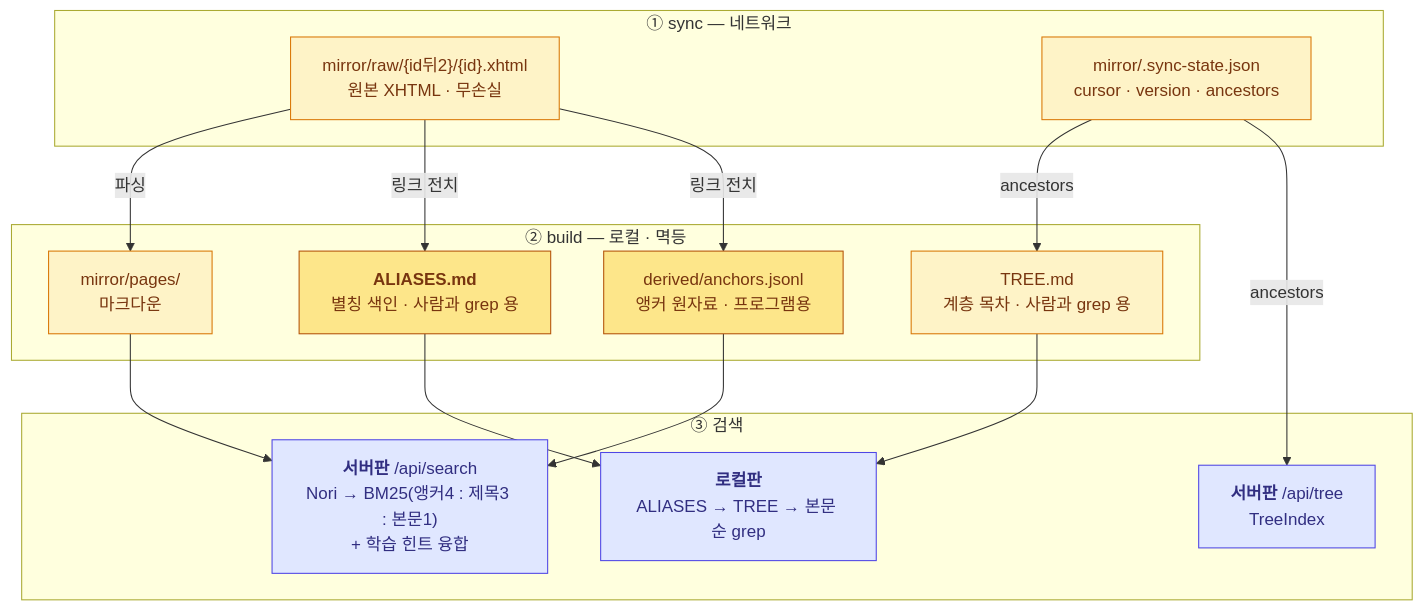
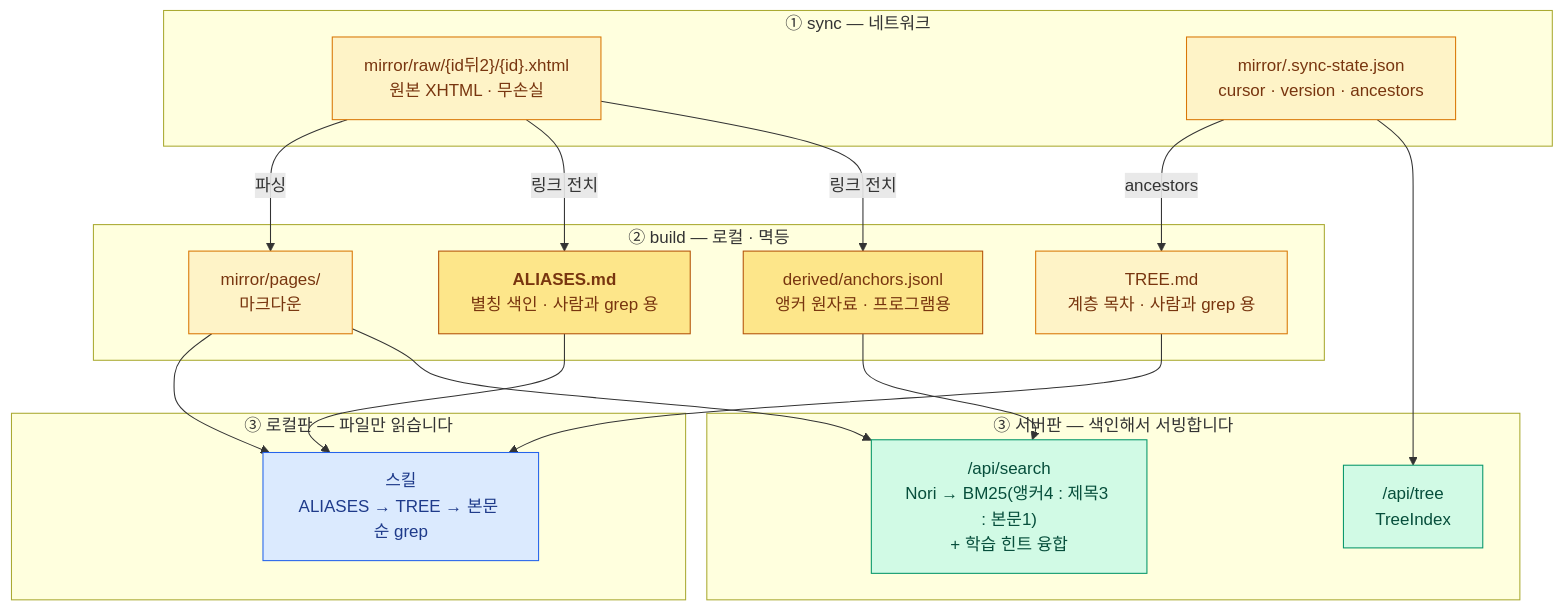
One commit to mukansei/wikilens changed the second of 2 diagrams in README.md. Above: the diagram before and after it, drawn with Mermaid. The commit also changed other lines of this file, not shown here.

First line of the commit message:
docs: 다이어그램에 두 판 구분과 Confluence 계층 반영

````diff
--- a/README.md
+++ b/README.md
@@ -75,37 +96,45 @@
 ```mermaid
 flowchart TB
     subgraph S1["① sync — 네트워크"]
         RAW["mirror/raw/{id뒤2}/{id}.xhtml<br/>원본 XHTML · 무손실"]
         STATE["mirror/.sync-state.json<br/>cursor · version · ancestors"]
     end
 
     subgraph S2["② build — 로컬 · 멱등"]
         PAGES["mirror/pages/<br/>마크다운"]
         ALIAS["<b>ALIASES.md</b><br/>별칭 색인 · 사람과 grep 용"]
         TREE["TREE.md<br/>계층 목차 · 사람과 grep 용"]
         ANCH["derived/anchors.jsonl<br/>앵커 원자료 · 프로그램용"]
     end
 
-    subgraph S3["③ 검색"]
-        LQ["<b>로컬판</b><br/>ALIASES → TREE → 본문 순 grep"]
-        SQ["<b>서버판</b> /api/search<br/>Nori → BM25(앵커4 : 제목3 : 본문1)<br/>+ 학습 힌트 융합"]
-        ST["<b>서버판</b> /api/tree<br/>TreeIndex"]
+    subgraph S3L["③ 로컬판 — 파일만 읽습니다"]
+        LQ["스킬<br/>ALIASES → TREE → 본문 순 grep"]
+    end
+
+    subgraph S3S["③ 서버판 — 색인해서 서빙합니다"]
+        SQ["/api/search<br/>Nori → BM25(앵커4 : 제목3 : 본문1)<br/>+ 학습 힌트 융합"]
+        ST["/api/tree<br/>TreeIndex"]
     end
 
     RAW -->|파싱| PAGES
     RAW -->|링크 전치| ALIAS
     RAW -->|링크 전치| ANCH
     STATE -->|ancestors| TREE
+
     ALIAS --> LQ
     TREE --> LQ
+    PAGES --> LQ
+
     ANCH --> SQ
     PAGES --> SQ
-    STATE -->|ancestors| ST
+    STATE --> ST
 
     classDef st fill:#fef3c7,stroke:#d97706,color:#78350f
     classDef key fill:#fde68a,stroke:#b45309,color:#78350f
-    classDef q fill:#e0e7ff,stroke:#4f46e5,color:#312e81
+    classDef py fill:#dbeafe,stroke:#2563eb,color:#1e3a8a
+    classDef kt fill:#d1fae5,stroke:#059669,color:#064e3b
     class RAW,STATE,PAGES,TREE st
     class ALIAS,ANCH key
-    class LQ,SQ,ST q
+    class LQ py
+    class SQ,ST kt
 ```
````
